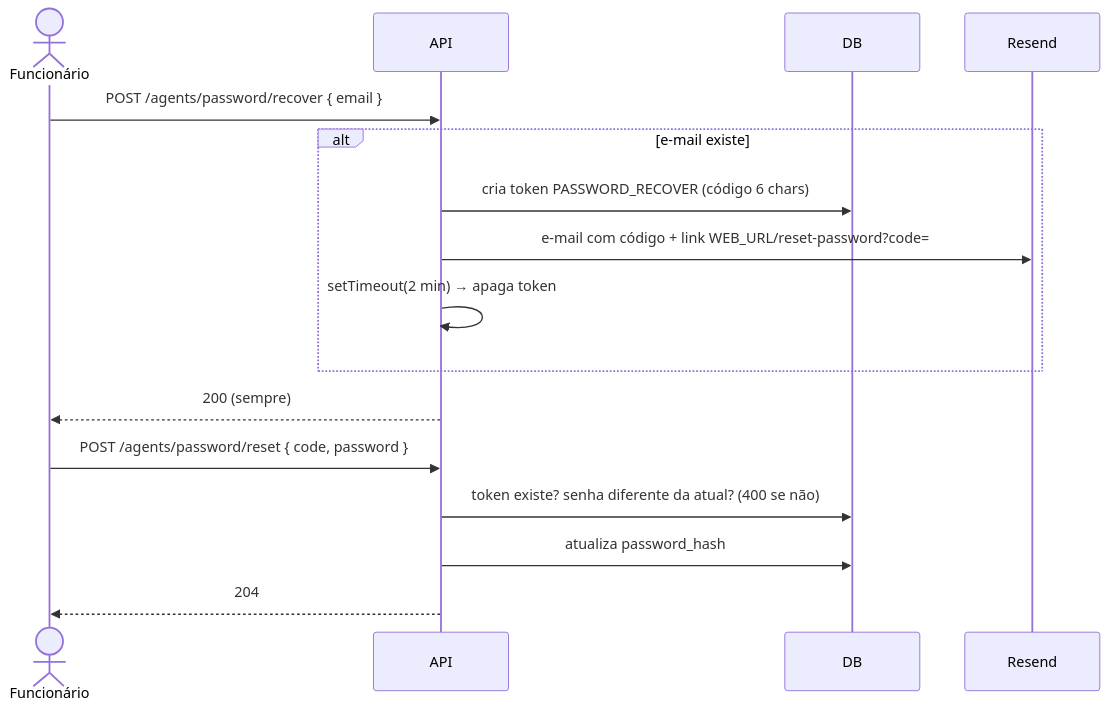
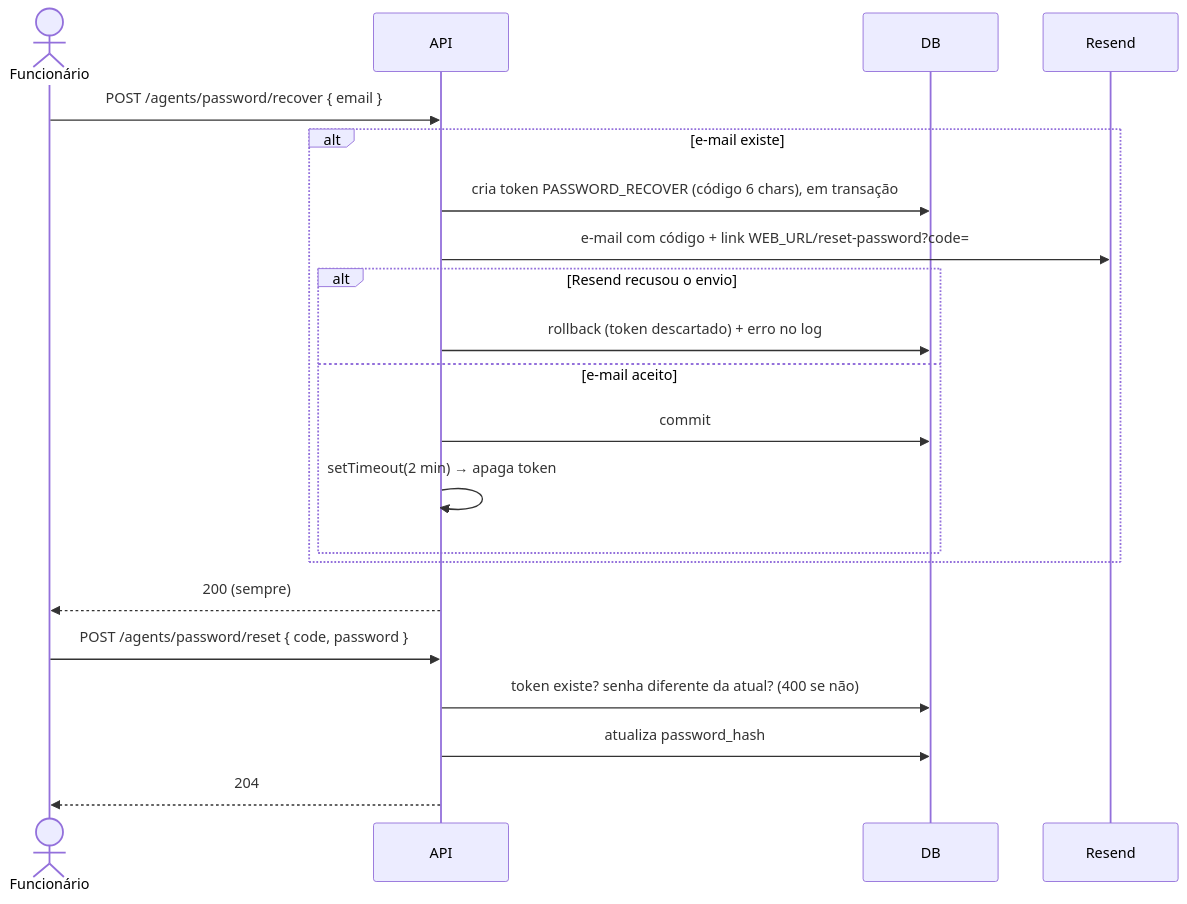
The fourth of 4 diagrams in docs/fluxos-de-negocio.md (devoabma/api-lexhub), drawn with Mermaid before and after one commit. The commit also changed other lines of this file and 18 other files, not shown here.

First line of the commit message:
feat: trata falhas de envio de e-mail do Resend

````diff
--- a/docs/fluxos-de-negocio.md
+++ b/docs/fluxos-de-negocio.md
@@ -121,18 +131,23 @@
 ```mermaid
 sequenceDiagram
   actor U as Funcionário
   participant API
   participant DB
   participant R as Resend
   U->>API: POST /agents/password/recover { email }
   alt e-mail existe
-    API->>DB: cria token PASSWORD_RECOVER (código 6 chars)
+    API->>DB: cria token PASSWORD_RECOVER (código 6 chars), em transação
     API->>R: e-mail com código + link WEB_URL/reset-password?code=
-    API->>API: setTimeout(2 min) → apaga token
+    alt Resend recusou o envio
+      API->>DB: rollback (token descartado) + erro no log
+    else e-mail aceito
+      API->>DB: commit
+      API->>API: setTimeout(2 min) → apaga token
+    end
   end
   API-->>U: 200 (sempre)
   U->>API: POST /agents/password/reset { code, password }
   API->>DB: token existe? senha diferente da atual? (400 se não)
   API->>DB: atualiza password_hash
   API-->>U: 204
 ```
````
